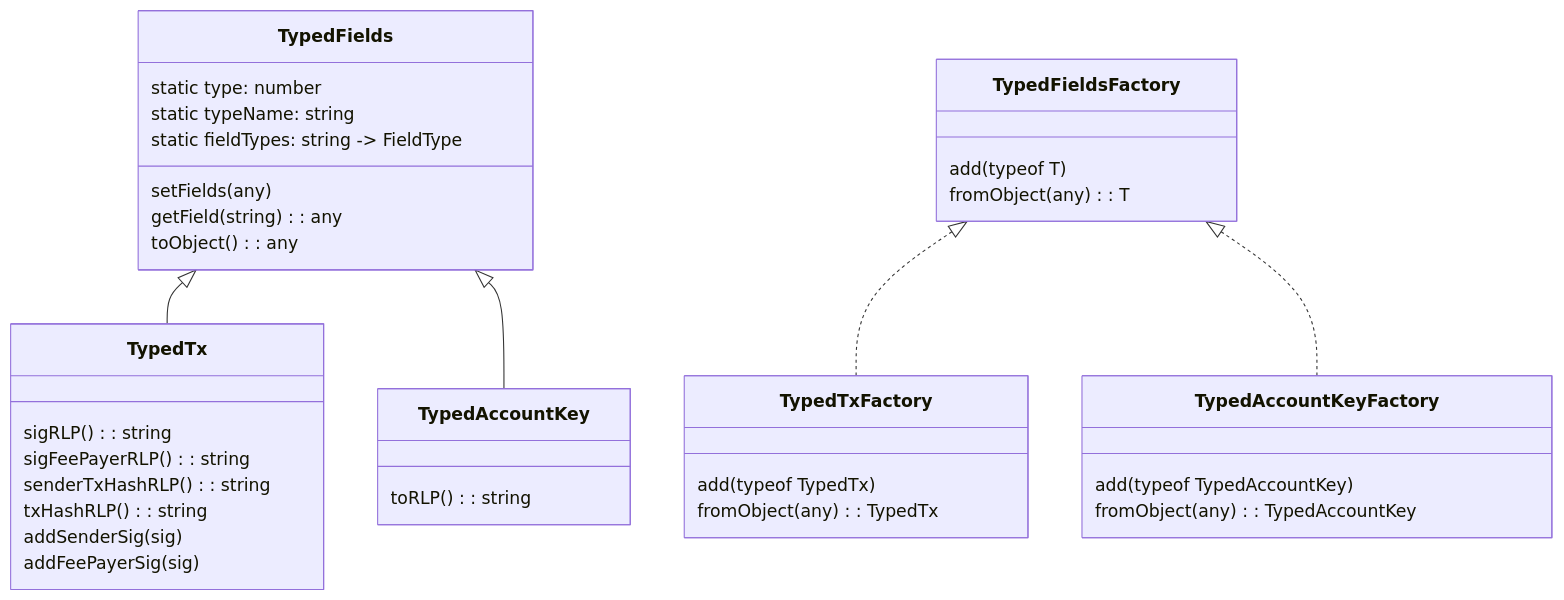
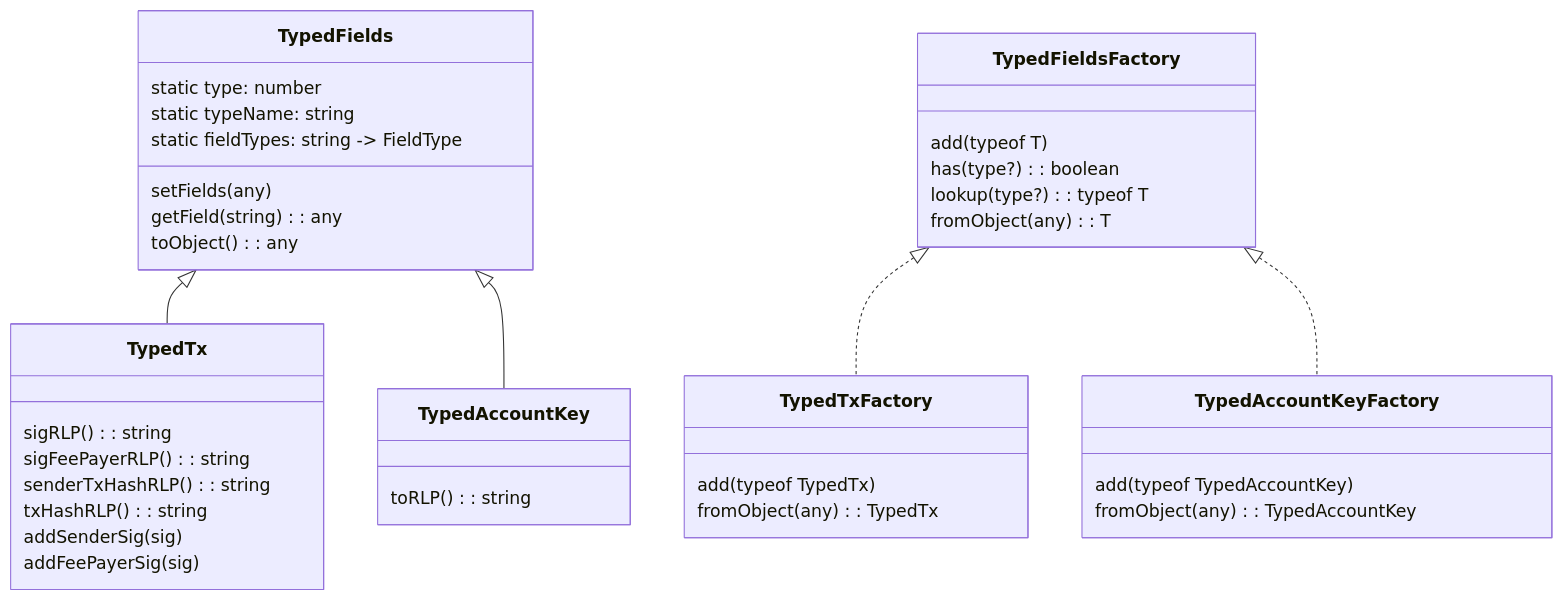
Before and after one commit to blukat29/klaytn-sdk-design: the first of 2 diagrams in README.md, drawn with Mermaid. The commit also changed 2 other files, not shown here.

````diff
--- a/README.md
+++ b/README.md
@@ -34,39 +34,41 @@
 ```mermaid
 classDiagram
   TypedFields <|-- TypedTx
   TypedFields <|-- TypedAccountKey
   class TypedFields {
     static type: number
     static typeName: string
     static fieldTypes: string -> FieldType
     setFields(any)
     getField(string): any
     toObject(): any
   }
   class TypedTx {
     sigRLP(): string
     sigFeePayerRLP(): string
     senderTxHashRLP(): string
     txHashRLP(): string
     addSenderSig(sig)
     addFeePayerSig(sig)
   }
   class TypedAccountKey {
     toRLP(): string
   }
 
   TypedFieldsFactory <|.. TypedTxFactory
   TypedFieldsFactory <|.. TypedAccountKeyFactory
   class TypedFieldsFactory {
     add(typeof T)
+    has(type?): boolean
+    lookup(type?): typeof T
     fromObject(any): T
   }
   class TypedTxFactory {
     add(typeof TypedTx)
     fromObject(any): TypedTx
   }
   class TypedAccountKeyFactory {
     add(typeof TypedAccountKey)
     fromObject(any): TypedAccountKey
   }
 ```
````
